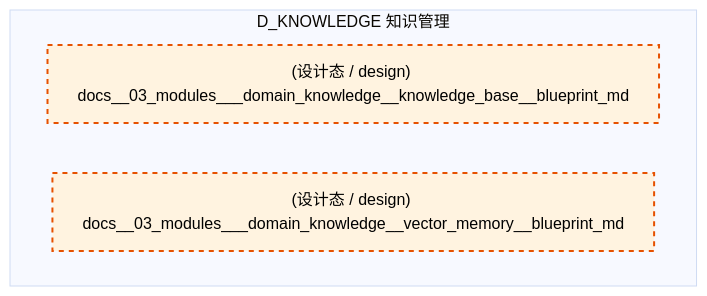
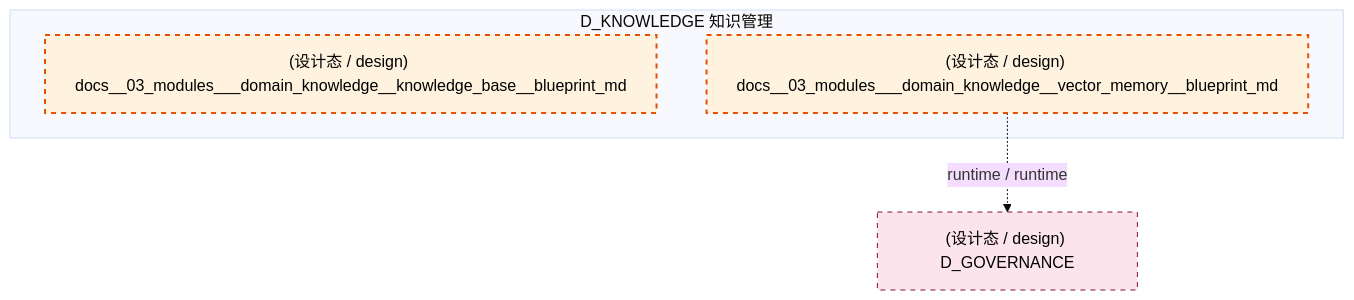
One commit to xuanFelixVan/ZephyrAlpha changed the second of 4 diagrams in docs/02_enterprise_architecture/02_domain_architecture_docs/40_d_knowledge.md. Above: the diagram before and after it, drawn with Mermaid (base theme). The commit also changed other lines of this file and 99 other files, not shown here.

````diff
--- a/docs/02_enterprise_architecture/02_domain_architecture_docs/40_d_knowledge.md
+++ b/docs/02_enterprise_architecture/02_domain_architecture_docs/40_d_knowledge.md
@@ -107,12 +110,15 @@
 ```mermaid
 graph TD
     subgraph D_KNOWLEDGE["D_KNOWLEDGE 知识管理"]
         docs_03_modules_domain_knowledge_knowledge_base_blueprint_md["(设计态 / design) docs__03_modules___domain_knowledge__knowledge_base__blueprint_md"]
         docs_03_modules_domain_knowledge_vector_memory_blueprint_md["(设计态 / design) docs__03_modules___domain_knowledge__vector_memory__blueprint_md"]
     end
+    D_GOVERNANCE["(设计态 / design) D_GOVERNANCE"]
+    docs_03_modules_domain_knowledge_vector_memory_blueprint_md -.->|runtime / runtime| D_GOVERNANCE
     classDef production fill:#e1f5fe,stroke:#01579b,stroke-width:2px,color:#000
     classDef design fill:#fff3e0,stroke:#e65100,stroke-width:2px,color:#000,stroke-dasharray: 5 5
     classDef external_prod fill:#e8f5e9,stroke:#1b5e20,stroke-width:1px,color:#000
     classDef external_design fill:#fce4ec,stroke:#880e4f,stroke-width:1px,color:#000,stroke-dasharray: 5 5
     class docs_03_modules_domain_knowledge_knowledge_base_blueprint_md,docs_03_modules_domain_knowledge_vector_memory_blueprint_md design
+    class D_GOVERNANCE external_design
 ```
````
